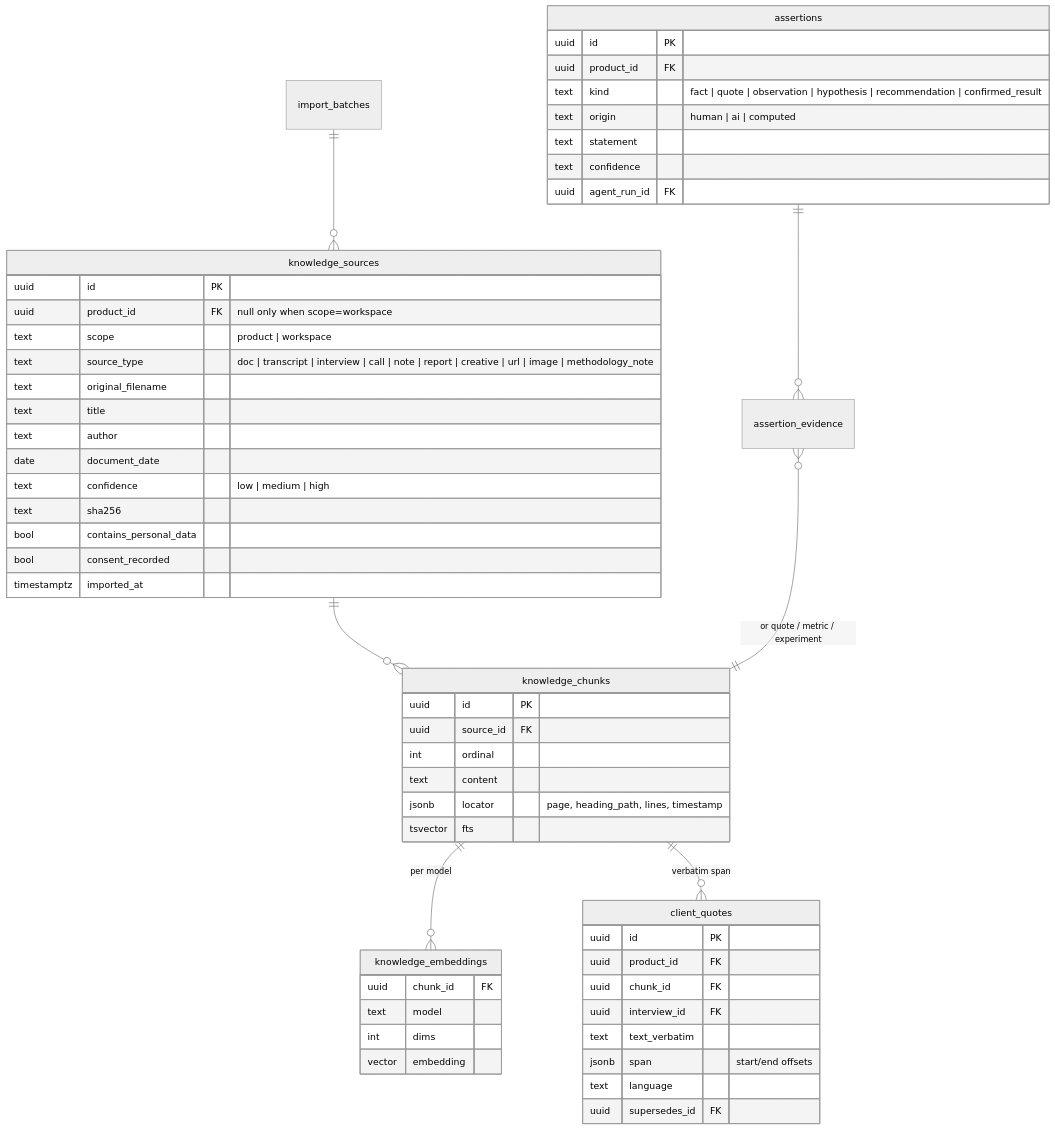
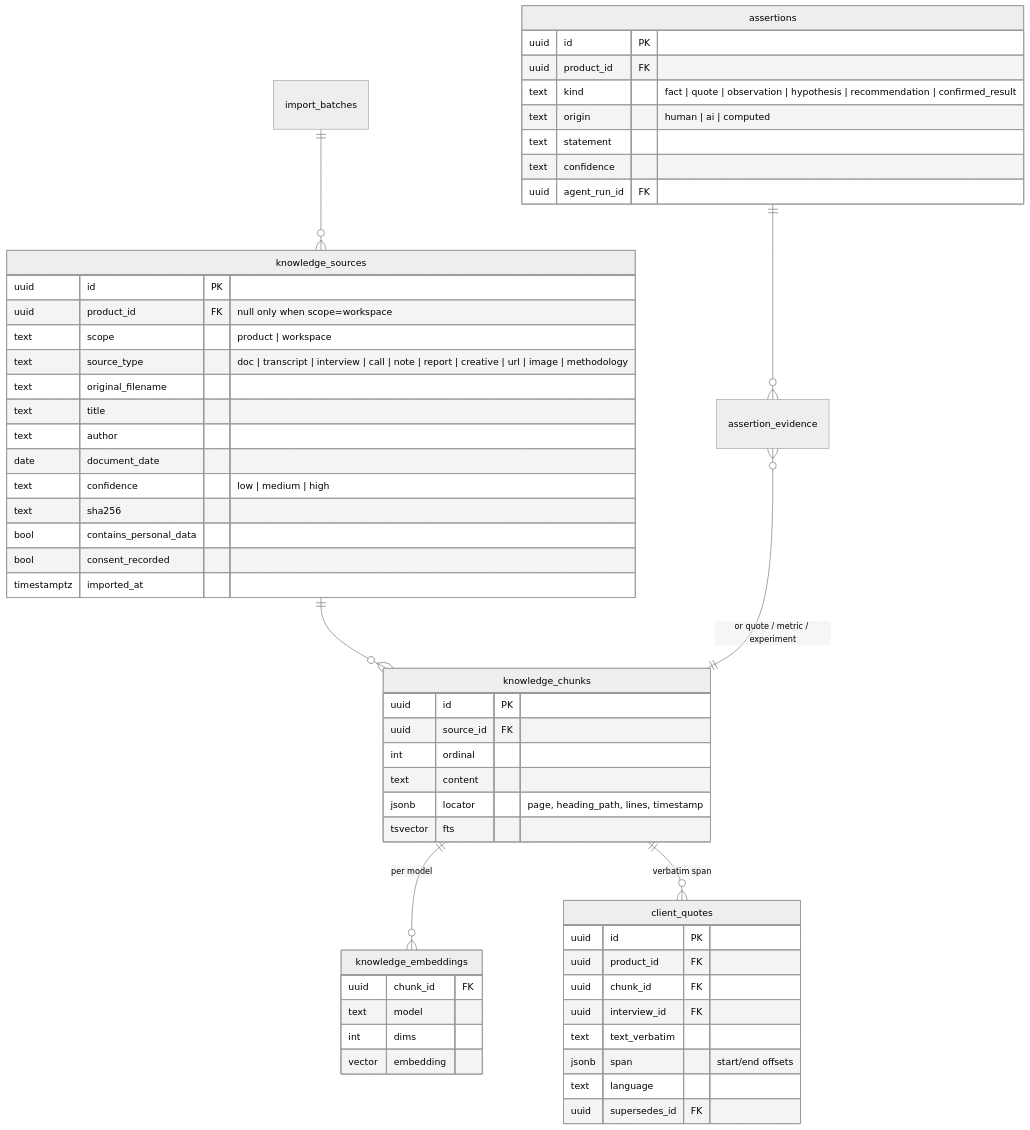
One commit to mariapomileva-alt/marketing-os changed the fifth of 9 diagrams in docs/product-architecture.md. Above: the diagram before and after it, drawn with Mermaid (neutral theme). The commit also changed other lines of this file and 6 other files, not shown here.

````diff
--- a/docs/product-architecture.md
+++ b/docs/product-architecture.md
@@ -357,58 +372,58 @@
 ```mermaid
 erDiagram
   import_batches ||--o{ knowledge_sources : ""
   knowledge_sources ||--o{ knowledge_chunks : ""
   knowledge_chunks ||--o{ knowledge_embeddings : "per model"
   knowledge_chunks ||--o{ client_quotes : "verbatim span"
   assertions ||--o{ assertion_evidence : ""
   assertion_evidence }o--|| knowledge_chunks : "or quote / metric / experiment"
 
   knowledge_sources {
     uuid id PK
     uuid product_id FK "null only when scope=workspace"
     text scope "product | workspace"
-    text source_type "doc | transcript | interview | call | note | report | creative | url | image | methodology_note"
+    text source_type "doc | transcript | interview | call | note | report | creative | url | image | methodology"
     text original_filename
     text title
     text author
     date document_date
     text confidence "low | medium | high"
     text sha256
     bool contains_personal_data
     bool consent_recorded
     timestamptz imported_at
   }
   knowledge_chunks {
     uuid id PK
     uuid source_id FK
     int ordinal
     text content
     jsonb locator "page, heading_path, lines, timestamp"
     tsvector fts
   }
   knowledge_embeddings {
     uuid chunk_id FK
     text model
     int dims
     vector embedding
   }
   client_quotes {
     uuid id PK
     uuid product_id FK
     uuid chunk_id FK
     uuid interview_id FK
     text text_verbatim
     jsonb span "start/end offsets"
     text language
     uuid supersedes_id FK
   }
   assertions {
     uuid id PK
     uuid product_id FK
     text kind "fact | quote | observation | hypothesis | recommendation | confirmed_result"
     text origin "human | ai | computed"
     text statement
     text confidence
     uuid agent_run_id FK
   }
 ```
````
